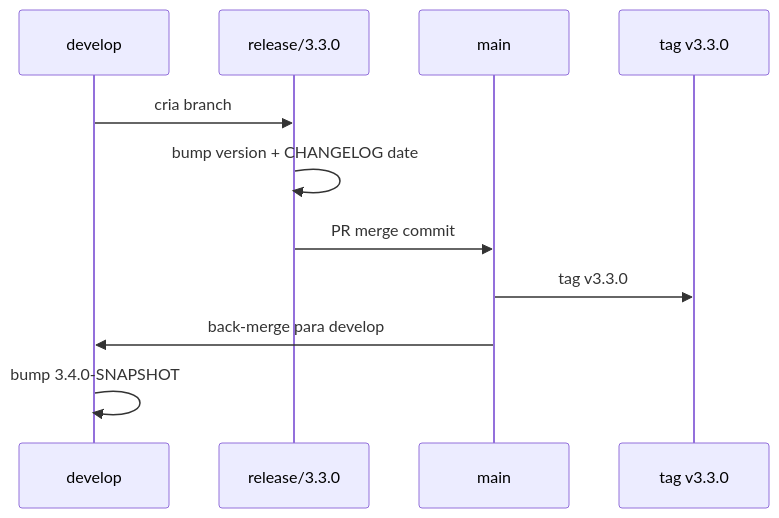
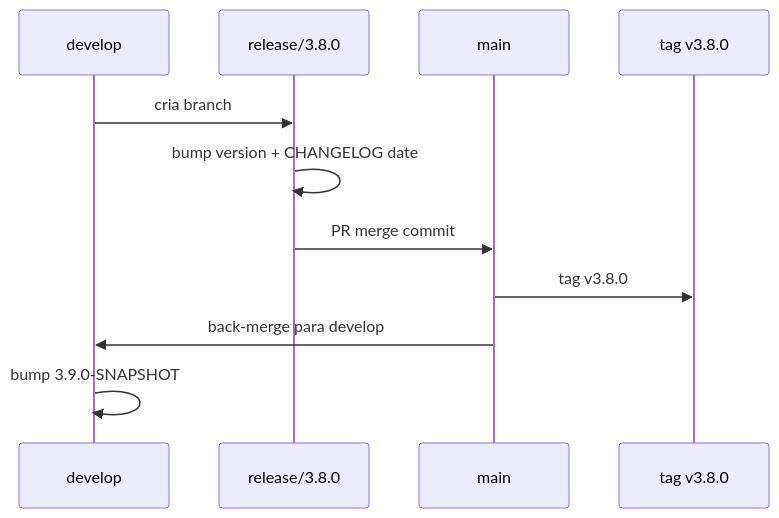
Before and after one commit to edercnj/ia-dev-environment: the diagram in plans/epic-0040/story-0040-0012.md, drawn with Mermaid. The commit also changed other lines of this file and 1225 other files, not shown here.

````diff
--- a/plans/epic-0040/story-0040-0012.md
+++ b/plans/epic-0040/story-0040-0012.md
@@ -131,14 +131,14 @@
 ```mermaid
 sequenceDiagram
     participant Dev as develop
-    participant Rel as release/3.3.0
+    participant Rel as release/3.8.0
     participant Main as main
-    participant Tag as tag v3.3.0
+    participant Tag as tag v3.8.0
 
     Dev->>Rel: cria branch
     Rel->>Rel: bump version + CHANGELOG date
     Rel->>Main: PR merge commit
-    Main->>Tag: tag v3.3.0
+    Main->>Tag: tag v3.8.0
     Main->>Dev: back-merge para develop
-    Dev->>Dev: bump 3.4.0-SNAPSHOT
+    Dev->>Dev: bump 3.9.0-SNAPSHOT
 ```
````
